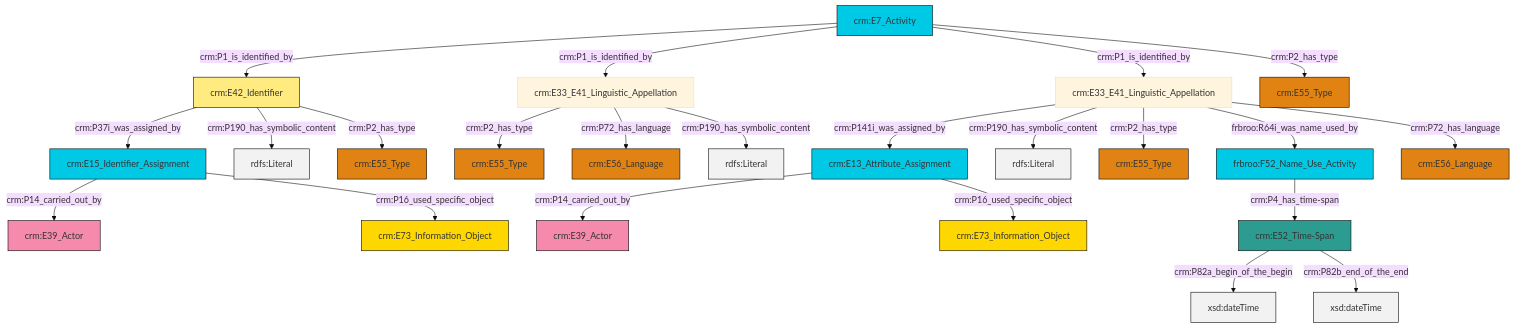
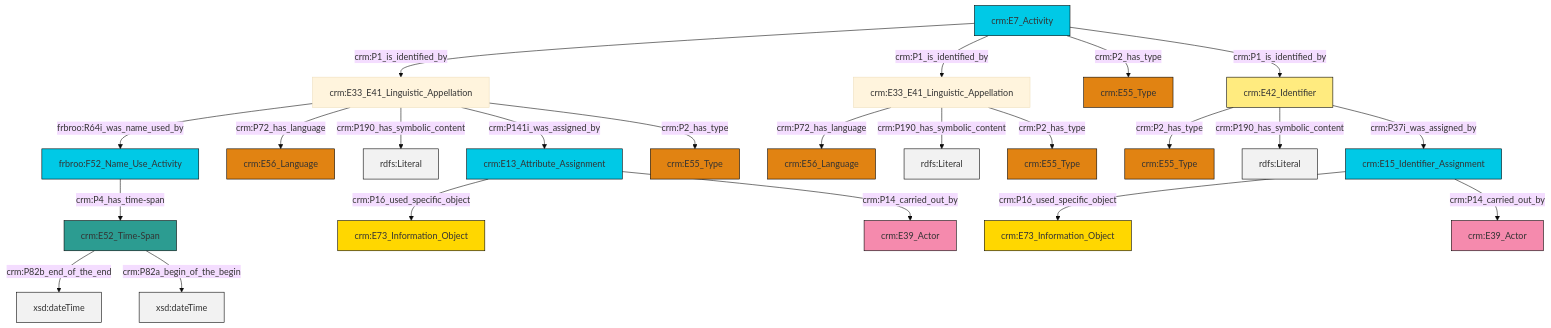
One commit to swiss-art-research-net/docs.swissartresearch changed the diagram in et/eventCSV/ttl/mmd/event_name.ttl.mmd. Above: the diagram before and after it, drawn with Mermaid (base theme). The commit also changed 210 other files, not shown here.

```diff
--- a/et/eventCSV/ttl/mmd/event_name.ttl.mmd
+++ b/et/eventCSV/ttl/mmd/event_name.ttl.mmd
@@ -1,37 +1,37 @@
 graph TD
 classDef Literal fill:#f2f2f2,stroke:#000000;
 classDef CRM_Entity fill:#FFFFFF,stroke:#000000;
 classDef Temporal_Entity fill:#00C9E6, stroke:#000000;
 classDef Type fill:#E18312, stroke:#000000;
 classDef Time-Span fill:#2C9C91, stroke:#000000;
 classDef Appellation fill:#FFEB7F, stroke:#000000;
 classDef Place fill:#008836, stroke:#000000;
 classDef Persistent_Item fill:#B266B2, stroke:#000000;
 classDef Conceptual_Object fill:#FFD700, stroke:#000000;
 classDef Physical_Thing fill:#D2B48C, stroke:#000000;
 classDef Actor fill:#f58aad, stroke:#000000;
 classDef PC_Classes fill:#4ce600, stroke:#000000;
 classDef Multi fill:#cccccc,stroke:#000000;
 
-0["crm:E42_Identifier"]:::Appellation -->|crm:P37i_was_assigned_by| 1["crm:E15_Identifier_Assignment"]:::Temporal_Entity
-4["crm:E7_Activity"]:::Temporal_Entity -->|crm:P1_is_identified_by| 0["crm:E42_Identifier"]:::Appellation
-5["crm:E33_E41_Linguistic_Appellation"]:::Default -->|crm:P141i_was_assigned_by| 6["crm:E13_Attribute_Assignment"]:::Temporal_Entity
-10["crm:E33_E41_Linguistic_Appellation"]:::Default -->|crm:P2_has_type| 11["crm:E55_Type"]:::Type
-4["crm:E7_Activity"]:::Temporal_Entity -->|crm:P1_is_identified_by| 10["crm:E33_E41_Linguistic_Appellation"]:::Default
-5["crm:E33_E41_Linguistic_Appellation"]:::Default -->|crm:P190_has_symbolic_content| 12[rdfs:Literal]:::Literal
-13["frbroo:F52_Name_Use_Activity"]:::Temporal_Entity -->|crm:P4_has_time-span| 14["crm:E52_Time-Span"]:::Time-Span
-5["crm:E33_E41_Linguistic_Appellation"]:::Default -->|crm:P2_has_type| 7["crm:E55_Type"]:::Type
-6["crm:E13_Attribute_Assignment"]:::Temporal_Entity -->|crm:P14_carried_out_by| 17["crm:E39_Actor"]:::Actor
-10["crm:E33_E41_Linguistic_Appellation"]:::Default -->|crm:P72_has_language| 18["crm:E56_Language"]:::Type
-6["crm:E13_Attribute_Assignment"]:::Temporal_Entity -->|crm:P16_used_specific_object| 22["crm:E73_Information_Object"]:::Conceptual_Object
-4["crm:E7_Activity"]:::Temporal_Entity -->|crm:P1_is_identified_by| 5["crm:E33_E41_Linguistic_Appellation"]:::Default
-0["crm:E42_Identifier"]:::Appellation -->|crm:P190_has_symbolic_content| 24[rdfs:Literal]:::Literal
-14["crm:E52_Time-Span"]:::Time-Span -->|crm:P82a_begin_of_the_begin| 25[xsd:dateTime]:::Literal
-1["crm:E15_Identifier_Assignment"]:::Temporal_Entity -->|crm:P14_carried_out_by| 2["crm:E39_Actor"]:::Actor
-5["crm:E33_E41_Linguistic_Appellation"]:::Default -->|frbroo:R64i_was_name_used_by| 13["frbroo:F52_Name_Use_Activity"]:::Temporal_Entity
-10["crm:E33_E41_Linguistic_Appellation"]:::Default -->|crm:P190_has_symbolic_content| 32[rdfs:Literal]:::Literal
-5["crm:E33_E41_Linguistic_Appellation"]:::Default -->|crm:P72_has_language| 15["crm:E56_Language"]:::Type
-1["crm:E15_Identifier_Assignment"]:::Temporal_Entity -->|crm:P16_used_specific_object| 33["crm:E73_Information_Object"]:::Conceptual_Object
-0["crm:E42_Identifier"]:::Appellation -->|crm:P2_has_type| 26["crm:E55_Type"]:::Type
-14["crm:E52_Time-Span"]:::Time-Span -->|crm:P82b_end_of_the_end| 38[xsd:dateTime]:::Literal
-4["crm:E7_Activity"]:::Temporal_Entity -->|crm:P2_has_type| 20["crm:E55_Type"]:::Type
+0["crm:E7_Activity"]:::Temporal_Entity -->|crm:P1_is_identified_by| 1["crm:E33_E41_Linguistic_Appellation"]:::Default
+4["crm:E13_Attribute_Assignment"]:::Temporal_Entity -->|crm:P16_used_specific_object| 5["crm:E73_Information_Object"]:::Conceptual_Object
+1["crm:E33_E41_Linguistic_Appellation"]:::Default -->|frbroo:R64i_was_name_used_by| 6["frbroo:F52_Name_Use_Activity"]:::Temporal_Entity
+7["crm:E15_Identifier_Assignment"]:::Temporal_Entity -->|crm:P16_used_specific_object| 8["crm:E73_Information_Object"]:::Conceptual_Object
+0["crm:E7_Activity"]:::Temporal_Entity -->|crm:P1_is_identified_by| 9["crm:E33_E41_Linguistic_Appellation"]:::Default
+0["crm:E7_Activity"]:::Temporal_Entity -->|crm:P2_has_type| 13["crm:E55_Type"]:::Type
+2["crm:E52_Time-Span"]:::Time-Span -->|crm:P82b_end_of_the_end| 14[xsd:dateTime]:::Literal
+1["crm:E33_E41_Linguistic_Appellation"]:::Default -->|crm:P72_has_language| 19["crm:E56_Language"]:::Type
+25["crm:E42_Identifier"]:::Appellation -->|crm:P2_has_type| 26["crm:E55_Type"]:::Type
+9["crm:E33_E41_Linguistic_Appellation"]:::Default -->|crm:P72_has_language| 27["crm:E56_Language"]:::Type
+4["crm:E13_Attribute_Assignment"]:::Temporal_Entity -->|crm:P14_carried_out_by| 23["crm:E39_Actor"]:::Actor
+9["crm:E33_E41_Linguistic_Appellation"]:::Default -->|crm:P190_has_symbolic_content| 28[rdfs:Literal]:::Literal
+2["crm:E52_Time-Span"]:::Time-Span -->|crm:P82a_begin_of_the_begin| 31[xsd:dateTime]:::Literal
+1["crm:E33_E41_Linguistic_Appellation"]:::Default -->|crm:P190_has_symbolic_content| 32[rdfs:Literal]:::Literal
+6["frbroo:F52_Name_Use_Activity"]:::Temporal_Entity -->|crm:P4_has_time-span| 2["crm:E52_Time-Span"]:::Time-Span
+7["crm:E15_Identifier_Assignment"]:::Temporal_Entity -->|crm:P14_carried_out_by| 11["crm:E39_Actor"]:::Actor
+25["crm:E42_Identifier"]:::Appellation -->|crm:P190_has_symbolic_content| 33[rdfs:Literal]:::Literal
+25["crm:E42_Identifier"]:::Appellation -->|crm:P37i_was_assigned_by| 7["crm:E15_Identifier_Assignment"]:::Temporal_Entity
+0["crm:E7_Activity"]:::Temporal_Entity -->|crm:P1_is_identified_by| 25["crm:E42_Identifier"]:::Appellation
+1["crm:E33_E41_Linguistic_Appellation"]:::Default -->|crm:P141i_was_assigned_by| 4["crm:E13_Attribute_Assignment"]:::Temporal_Entity
+1["crm:E33_E41_Linguistic_Appellation"]:::Default -->|crm:P2_has_type| 21["crm:E55_Type"]:::Type
+9["crm:E33_E41_Linguistic_Appellation"]:::Default -->|crm:P2_has_type| 17["crm:E55_Type"]:::Type
```
